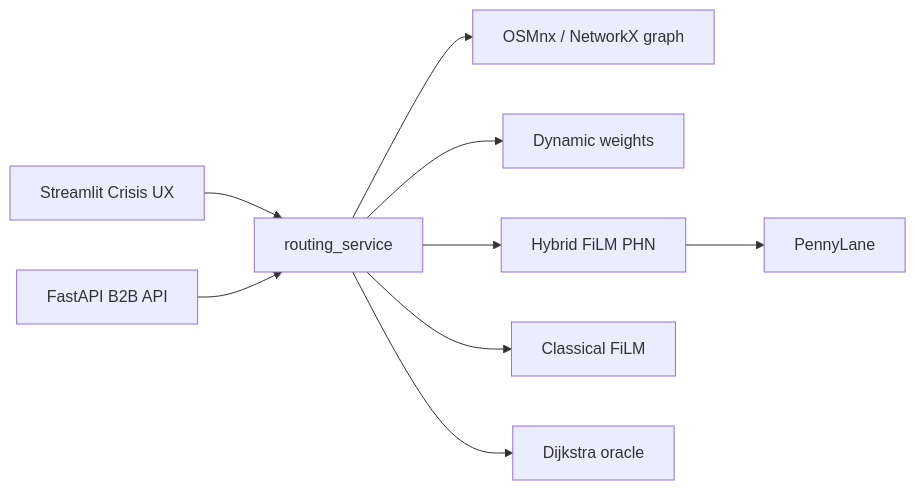
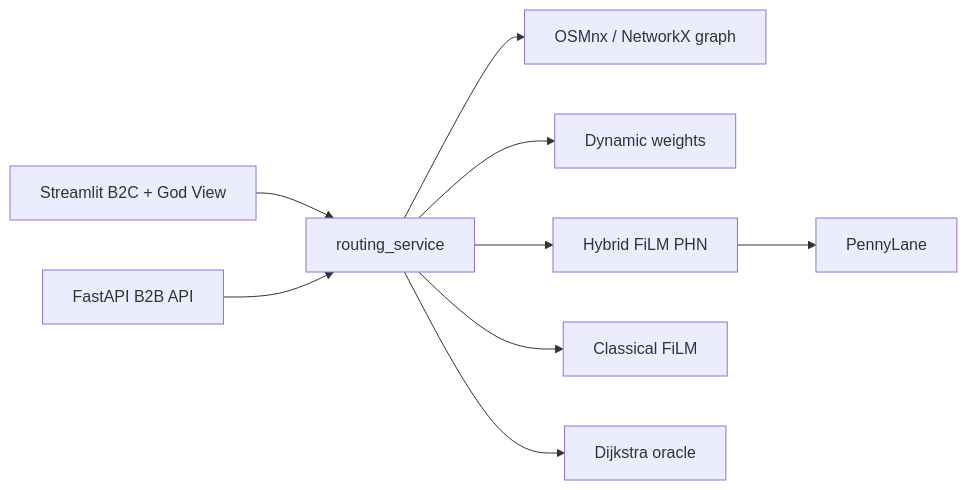
One commit to meolen07/QuantumRelief changed the diagram in README.md. Above: the diagram before and after it, drawn with Mermaid. The commit also changed other lines of this file, not shown here.

````diff
--- a/README.md
+++ b/README.md
@@ -84,11 +97,11 @@
 ```mermaid
 flowchart LR
-  UX[Streamlit Crisis UX] --> RS[routing_service]
+  UX[Streamlit B2C + God View] --> RS[routing_service]
   API[FastAPI B2B API] --> RS
   RS --> G[OSMnx / NetworkX graph]
   RS --> Dyn[Dynamic weights]
   RS --> HQ[Hybrid FiLM PHN]
   HQ --> PL[PennyLane]
   RS --> CF[Classical FiLM]
   RS --> DJ[Dijkstra oracle]
 ```
````
